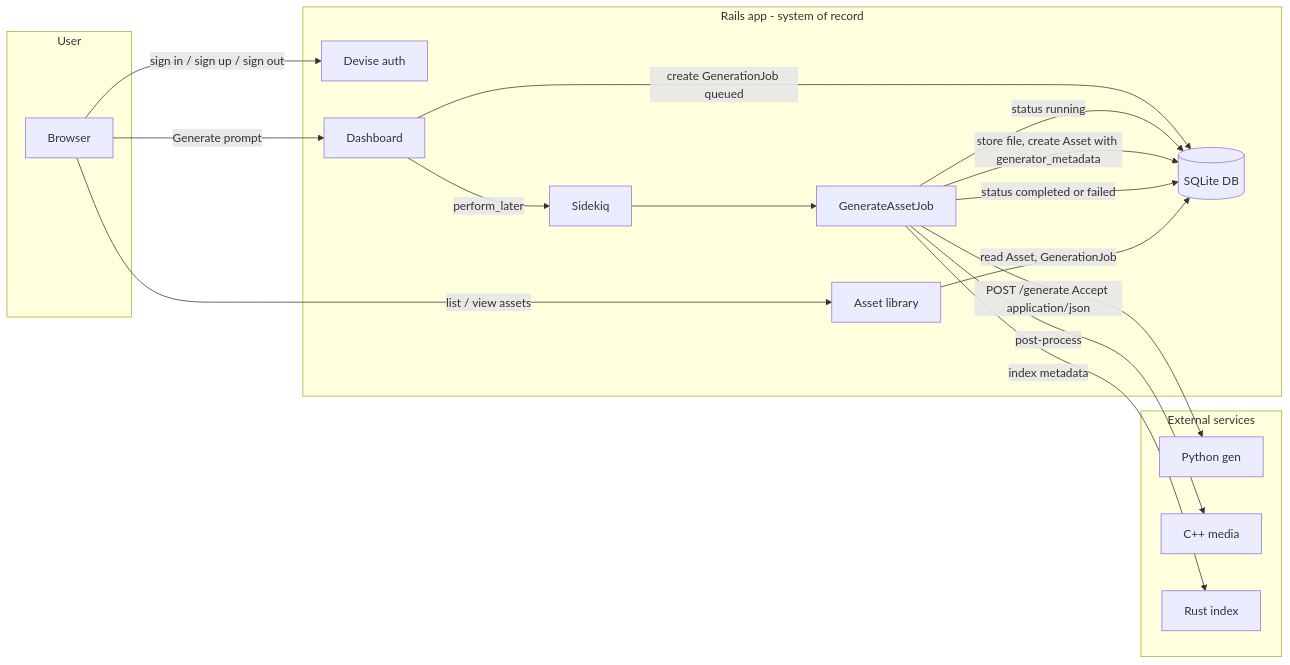
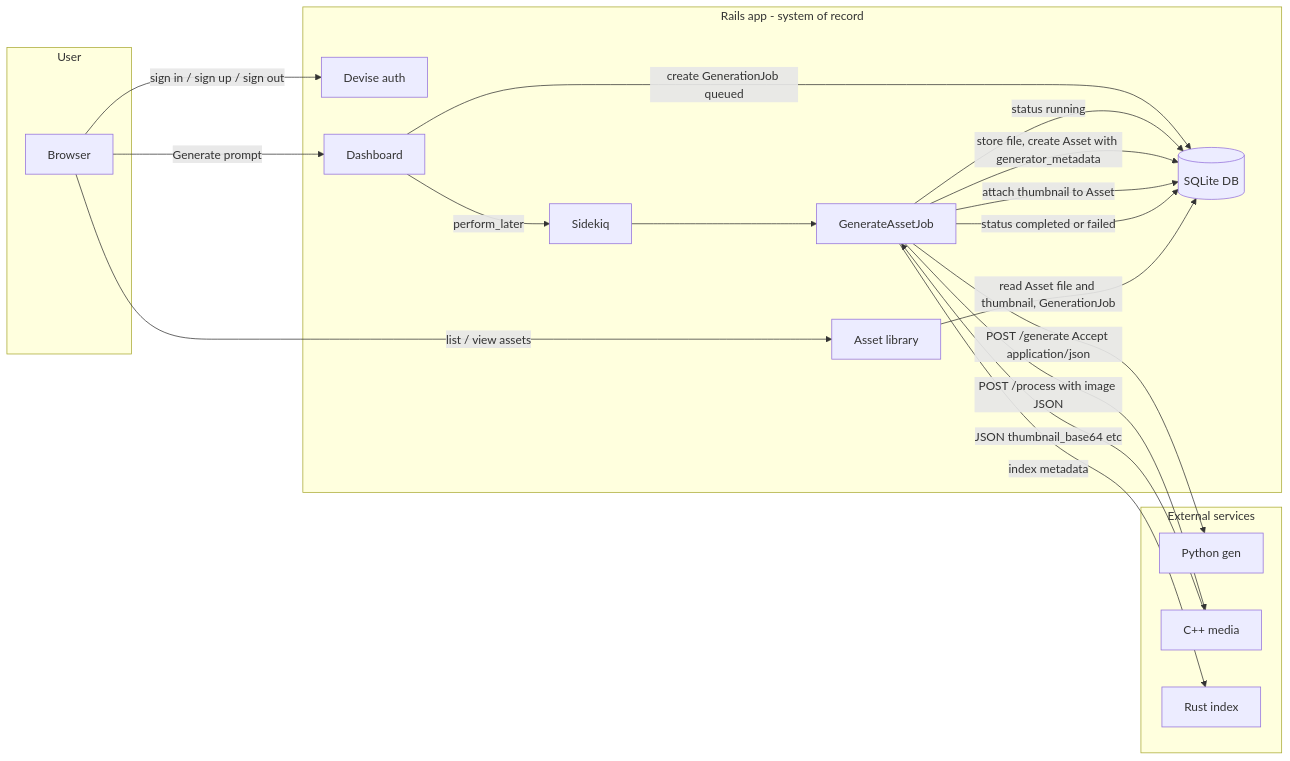
One commit to protektiq/forgeai changed the diagram in docs/data-flow.md. Above: the diagram before and after it, drawn with Mermaid. The commit also changed other lines of this file and 11 other files, not shown here.

````diff
--- a/docs/data-flow.md
+++ b/docs/data-flow.md
@@ -5,32 +5,34 @@
 ```mermaid
 flowchart LR
   subgraph users [User]
     Browser[Browser]
   end
   subgraph rails [Rails app - system of record]
     Auth[Devise auth]
     Dashboard[Dashboard]
     DB[(SQLite DB)]
     JobQueue[Sidekiq]
     Worker[GenerateAssetJob]
     Assets[Asset library]
   end
   subgraph external [External services]
     PythonGen[Python gen]
     CppMedia[C++ media]
     RustIndex[Rust index]
   end
   Browser -->|sign in / sign up / sign out| Auth
   Browser -->|"Generate" prompt| Dashboard
   Dashboard -->|create GenerationJob queued| DB
   Dashboard -->|perform_later| JobQueue
   JobQueue --> Worker
   Worker -->|status running| DB
   Worker -->|POST /generate Accept application/json| PythonGen
   Worker -->|store file, create Asset with generator_metadata| DB
-  Worker -->|post-process| CppMedia
+  Worker -->|POST /process with image JSON| CppMedia
+  CppMedia -->|JSON thumbnail_base64 etc| Worker
+  Worker -->|attach thumbnail to Asset| DB
   Worker -->|index metadata| RustIndex
   Worker -->|status completed or failed| DB
   Browser -->|list / view assets| Assets
-  Assets -->|read Asset, GenerationJob| DB
+  Assets -->|read Asset file and thumbnail, GenerationJob| DB
 ```
````
